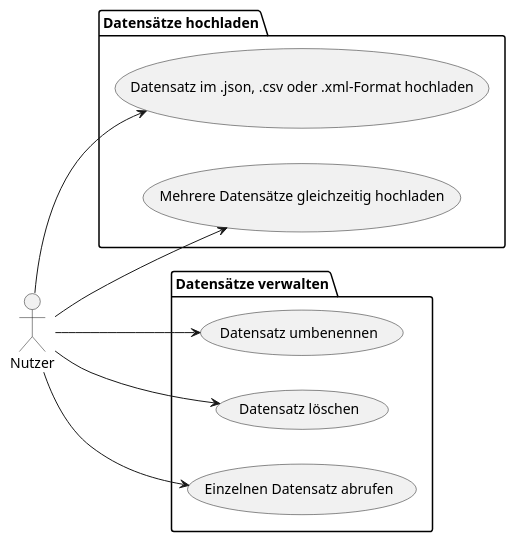
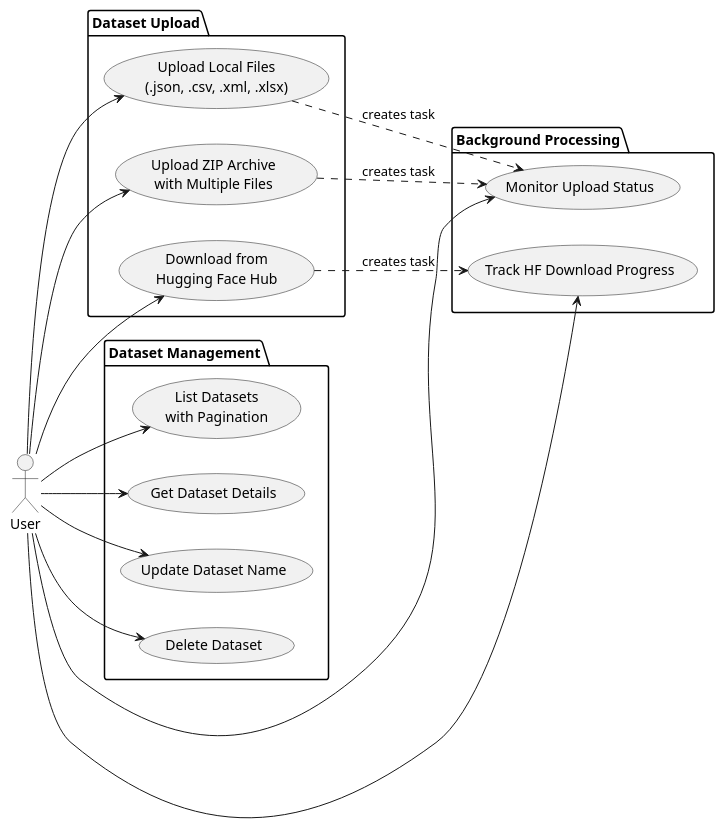
Before and after one commit to Yukasama/vectorize: the diagram in docs/diagrams/src/use-cases-datasets.plantuml, drawn with PlantUML. The commit also changed 62 other files, not shown here.

```diff
--- a/docs/diagrams/src/use-cases-datasets.plantuml
+++ b/docs/diagrams/src/use-cases-datasets.plantuml
@@ -1,21 +1,37 @@
 @startuml use-cases-datasets
 left to right direction
-actor Nutzer
+actor User
 
-package "Datensätze hochladen" {
-    usecase "Datensatz im .json, .csv oder .xml-Format hochladen" as EinzelDateiHochladen
-    usecase "Mehrere Datensätze gleichzeitig hochladen" as MehrereDateienHochladen
+package "Dataset Upload" {
+    usecase "Upload Local Files\n(.json, .csv, .xml, .xlsx)" as LocalUpload
+    usecase "Upload ZIP Archive\nwith Multiple Files" as ZipUpload
+    usecase "Download from\nHugging Face Hub" as HuggingFaceUpload
 }
 
-package "Datensätze verwalten" {
-    usecase "Datensatz umbenennen" as DatensatzUmbenennen
-    usecase "Datensatz löschen" as DatensatzLöschen
-    usecase "Einzelnen Datensatz abrufen" as EinzelnenDatensatzAbrufen
+package "Dataset Management" {
+    usecase "List Datasets\nwith Pagination" as ListDatasets
+    usecase "Get Dataset Details" as GetDataset
+    usecase "Update Dataset Name" as UpdateDataset
+    usecase "Delete Dataset" as DeleteDataset
 }
 
-Nutzer --> EinzelDateiHochladen
-Nutzer --> MehrereDateienHochladen
-Nutzer --> DatensatzUmbenennen
-Nutzer --> DatensatzLöschen
-Nutzer --> EinzelnenDatensatzAbrufen
+package "Background Processing" {
+    usecase "Monitor Upload Status" as MonitorUpload
+    usecase "Track HF Download Progress" as TrackHFProgress
+}
+
+User --> LocalUpload
+User --> ZipUpload
+User --> HuggingFaceUpload
+User --> ListDatasets
+User --> GetDataset
+User --> UpdateDataset
+User --> DeleteDataset
+User --> MonitorUpload
+User --> TrackHFProgress
+
+LocalUpload ..> MonitorUpload : creates task
+ZipUpload ..> MonitorUpload : creates task
+HuggingFaceUpload ..> TrackHFProgress : creates task
+
 @enduml
```
